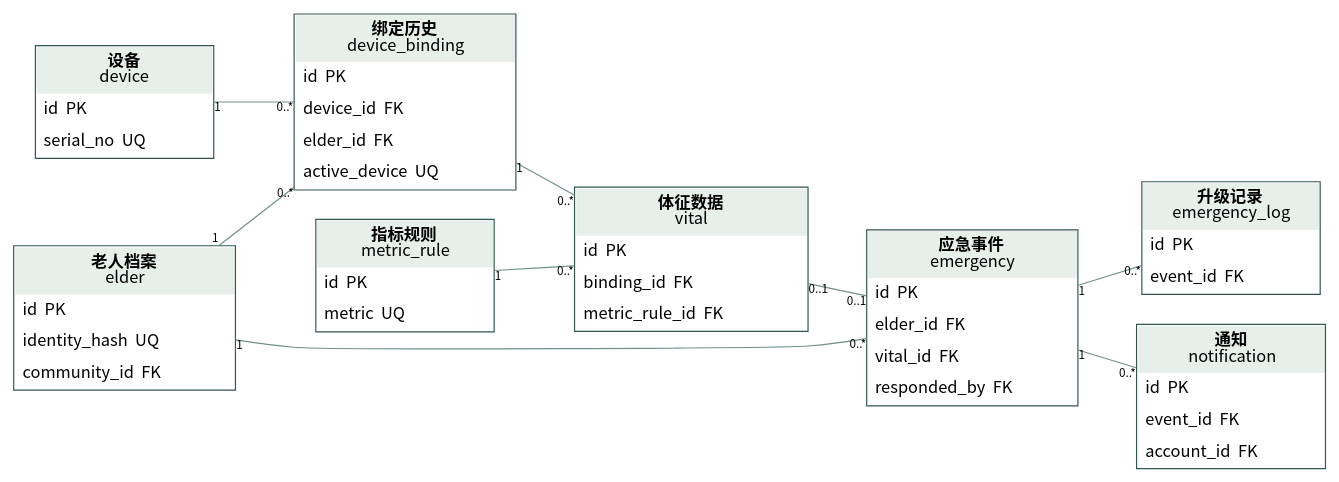
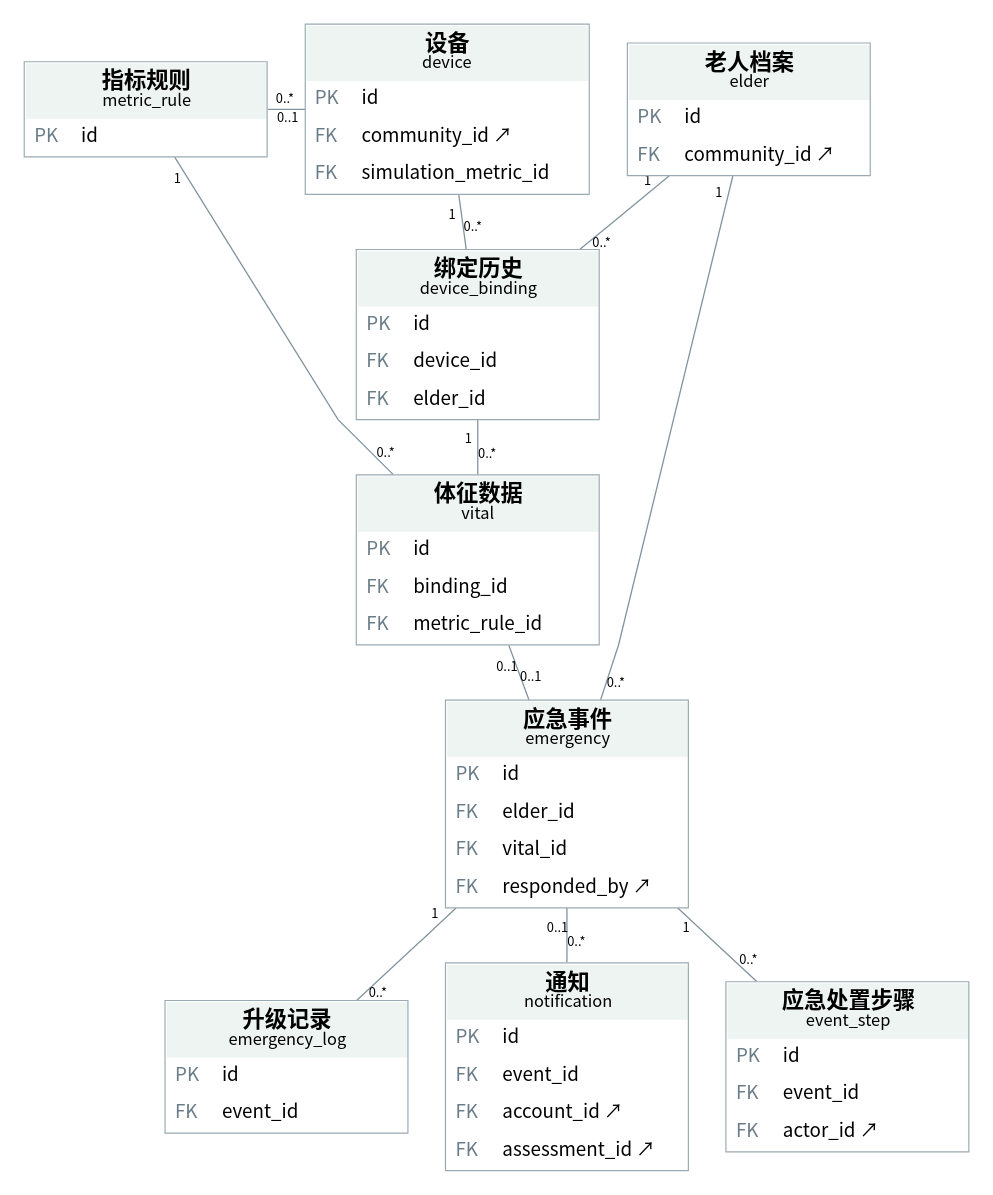
Before and after one commit to Herbertlyw/db_eldercare: the diagram in docs/diagrams/D-uml.dot, drawn with Graphviz. The commit also changed 173 other files, not shown here.

```diff
--- a/docs/diagrams/D-uml.dot
+++ b/docs/diagrams/D-uml.dot
@@ -1,18 +1,26 @@
-digraph G { graph [rankdir=LR, bgcolor="white",nodesep=0.35,ranksep=0.7]; node [fontname="Noto Sans CJK SC",fontsize=14,color="#31574e"]; edge [fontname="Noto Sans CJK SC",fontsize=10,color="#719087",arrowsize=0.6];
-elder [shape=plain,label=<<TABLE BORDER="1" CELLBORDER="0" CELLSPACING="0" CELLPADDING="6"><TR><TD BGCOLOR="#e7efea" WIDTH="187"><B>老人档案</B><BR/>elder</TD></TR><TR><TD ALIGN="LEFT" WIDTH="187">id  PK</TD></TR><TR><TD ALIGN="LEFT" WIDTH="187">identity_hash  UQ</TD></TR><TR><TD ALIGN="LEFT" WIDTH="187">community_id  FK</TD></TR></TABLE>>];
-device [shape=plain,label=<<TABLE BORDER="1" CELLBORDER="0" CELLSPACING="0" CELLPADDING="6"><TR><TD BGCOLOR="#e7efea" WIDTH="150"><B>设备</B><BR/>device</TD></TR><TR><TD ALIGN="LEFT" WIDTH="150">id  PK</TD></TR><TR><TD ALIGN="LEFT" WIDTH="150">serial_no  UQ</TD></TR></TABLE>>];
-device_binding [shape=plain,label=<<TABLE BORDER="1" CELLBORDER="0" CELLSPACING="0" CELLPADDING="6"><TR><TD BGCOLOR="#e7efea" WIDTH="187"><B>绑定历史</B><BR/>device_binding</TD></TR><TR><TD ALIGN="LEFT" WIDTH="187">id  PK</TD></TR><TR><TD ALIGN="LEFT" WIDTH="187">device_id  FK</TD></TR><TR><TD ALIGN="LEFT" WIDTH="187">elder_id  FK</TD></TR><TR><TD ALIGN="LEFT" WIDTH="187">active_device  UQ</TD></TR></TABLE>>];
-metric_rule [shape=plain,label=<<TABLE BORDER="1" CELLBORDER="0" CELLSPACING="0" CELLPADDING="6"><TR><TD BGCOLOR="#e7efea" WIDTH="150"><B>指标规则</B><BR/>metric_rule</TD></TR><TR><TD ALIGN="LEFT" WIDTH="150">id  PK</TD></TR><TR><TD ALIGN="LEFT" WIDTH="150">metric  UQ</TD></TR></TABLE>>];
-vital [shape=plain,label=<<TABLE BORDER="1" CELLBORDER="0" CELLSPACING="0" CELLPADDING="6"><TR><TD BGCOLOR="#e7efea" WIDTH="197"><B>体征数据</B><BR/>vital</TD></TR><TR><TD ALIGN="LEFT" WIDTH="197">id  PK</TD></TR><TR><TD ALIGN="LEFT" WIDTH="197">binding_id  FK</TD></TR><TR><TD ALIGN="LEFT" WIDTH="197">metric_rule_id  FK</TD></TR></TABLE>>];
-emergency [shape=plain,label=<<TABLE BORDER="1" CELLBORDER="0" CELLSPACING="0" CELLPADDING="6"><TR><TD BGCOLOR="#e7efea" WIDTH="178"><B>应急事件</B><BR/>emergency</TD></TR><TR><TD ALIGN="LEFT" WIDTH="178">id  PK</TD></TR><TR><TD ALIGN="LEFT" WIDTH="178">elder_id  FK</TD></TR><TR><TD ALIGN="LEFT" WIDTH="178">vital_id  FK</TD></TR><TR><TD ALIGN="LEFT" WIDTH="178">responded_by  FK</TD></TR></TABLE>>];
-emergency_log [shape=plain,label=<<TABLE BORDER="1" CELLBORDER="0" CELLSPACING="0" CELLPADDING="6"><TR><TD BGCOLOR="#e7efea" WIDTH="150"><B>升级记录</B><BR/>emergency_log</TD></TR><TR><TD ALIGN="LEFT" WIDTH="150">id  PK</TD></TR><TR><TD ALIGN="LEFT" WIDTH="150">event_id  FK</TD></TR></TABLE>>];
-notification [shape=plain,label=<<TABLE BORDER="1" CELLBORDER="0" CELLSPACING="0" CELLPADDING="6"><TR><TD BGCOLOR="#e7efea" WIDTH="159"><B>通知</B><BR/>notification</TD></TR><TR><TD ALIGN="LEFT" WIDTH="159">id  PK</TD></TR><TR><TD ALIGN="LEFT" WIDTH="159">event_id  FK</TD></TR><TR><TD ALIGN="LEFT" WIDTH="159">account_id  FK</TD></TR></TABLE>>];
+digraph G { graph [rankdir=TB,bgcolor="white",nodesep=0.45,ranksep=0.65,pad=0.18,splines=polyline,outputorder=edgesfirst]; node [fontname="Noto Sans CJK SC",fontsize=16]; edge [fontname="Noto Sans CJK SC",fontsize=11,color="#80949e",arrowsize=0.5,penwidth=1.1,labeldistance=1.9];
+elder [shape=plain,label=<<TABLE BORDER="1" COLOR="#9AAAB2" CELLBORDER="0" CELLSPACING="0" CELLPADDING="7"><TR><TD COLSPAN="2" WIDTH="205" BGCOLOR="#EDF4F1"><FONT POINT-SIZE="19"><B>老人档案</B></FONT><BR/><FONT POINT-SIZE="14">elder</FONT></TD></TR><TR><TD ALIGN="LEFT" WIDTH="40"><FONT COLOR="#697C88">PK</FONT></TD><TD ALIGN="LEFT" WIDTH="165">id</TD></TR><TR><TD ALIGN="LEFT" WIDTH="40"><FONT COLOR="#697C88">FK</FONT></TD><TD ALIGN="LEFT" WIDTH="165">community_id ↗</TD></TR></TABLE>>];
+device [shape=plain,label=<<TABLE BORDER="1" COLOR="#9AAAB2" CELLBORDER="0" CELLSPACING="0" CELLPADDING="7"><TR><TD COLSPAN="2" WIDTH="205" BGCOLOR="#EDF4F1"><FONT POINT-SIZE="19"><B>设备</B></FONT><BR/><FONT POINT-SIZE="14">device</FONT></TD></TR><TR><TD ALIGN="LEFT" WIDTH="40"><FONT COLOR="#697C88">PK</FONT></TD><TD ALIGN="LEFT" WIDTH="165">id</TD></TR><TR><TD ALIGN="LEFT" WIDTH="40"><FONT COLOR="#697C88">FK</FONT></TD><TD ALIGN="LEFT" WIDTH="165">community_id ↗</TD></TR><TR><TD ALIGN="LEFT" WIDTH="40"><FONT COLOR="#697C88">FK</FONT></TD><TD ALIGN="LEFT" WIDTH="200">simulation_metric_id</TD></TR></TABLE>>];
+device_binding [shape=plain,label=<<TABLE BORDER="1" COLOR="#9AAAB2" CELLBORDER="0" CELLSPACING="0" CELLPADDING="7"><TR><TD COLSPAN="2" WIDTH="205" BGCOLOR="#EDF4F1"><FONT POINT-SIZE="19"><B>绑定历史</B></FONT><BR/><FONT POINT-SIZE="14">device_binding</FONT></TD></TR><TR><TD ALIGN="LEFT" WIDTH="40"><FONT COLOR="#697C88">PK</FONT></TD><TD ALIGN="LEFT" WIDTH="165">id</TD></TR><TR><TD ALIGN="LEFT" WIDTH="40"><FONT COLOR="#697C88">FK</FONT></TD><TD ALIGN="LEFT" WIDTH="165">device_id</TD></TR><TR><TD ALIGN="LEFT" WIDTH="40"><FONT COLOR="#697C88">FK</FONT></TD><TD ALIGN="LEFT" WIDTH="165">elder_id</TD></TR></TABLE>>];
+metric_rule [shape=plain,label=<<TABLE BORDER="1" COLOR="#9AAAB2" CELLBORDER="0" CELLSPACING="0" CELLPADDING="7"><TR><TD COLSPAN="2" WIDTH="205" BGCOLOR="#EDF4F1"><FONT POINT-SIZE="19"><B>指标规则</B></FONT><BR/><FONT POINT-SIZE="14">metric_rule</FONT></TD></TR><TR><TD ALIGN="LEFT" WIDTH="40"><FONT COLOR="#697C88">PK</FONT></TD><TD ALIGN="LEFT" WIDTH="165">id</TD></TR></TABLE>>];
+vital [shape=plain,label=<<TABLE BORDER="1" COLOR="#9AAAB2" CELLBORDER="0" CELLSPACING="0" CELLPADDING="7"><TR><TD COLSPAN="2" WIDTH="205" BGCOLOR="#EDF4F1"><FONT POINT-SIZE="19"><B>体征数据</B></FONT><BR/><FONT POINT-SIZE="14">vital</FONT></TD></TR><TR><TD ALIGN="LEFT" WIDTH="40"><FONT COLOR="#697C88">PK</FONT></TD><TD ALIGN="LEFT" WIDTH="165">id</TD></TR><TR><TD ALIGN="LEFT" WIDTH="40"><FONT COLOR="#697C88">FK</FONT></TD><TD ALIGN="LEFT" WIDTH="165">binding_id</TD></TR><TR><TD ALIGN="LEFT" WIDTH="40"><FONT COLOR="#697C88">FK</FONT></TD><TD ALIGN="LEFT" WIDTH="165">metric_rule_id</TD></TR></TABLE>>];
+emergency [shape=plain,label=<<TABLE BORDER="1" COLOR="#9AAAB2" CELLBORDER="0" CELLSPACING="0" CELLPADDING="7"><TR><TD COLSPAN="2" WIDTH="205" BGCOLOR="#EDF4F1"><FONT POINT-SIZE="19"><B>应急事件</B></FONT><BR/><FONT POINT-SIZE="14">emergency</FONT></TD></TR><TR><TD ALIGN="LEFT" WIDTH="40"><FONT COLOR="#697C88">PK</FONT></TD><TD ALIGN="LEFT" WIDTH="165">id</TD></TR><TR><TD ALIGN="LEFT" WIDTH="40"><FONT COLOR="#697C88">FK</FONT></TD><TD ALIGN="LEFT" WIDTH="165">elder_id</TD></TR><TR><TD ALIGN="LEFT" WIDTH="40"><FONT COLOR="#697C88">FK</FONT></TD><TD ALIGN="LEFT" WIDTH="165">vital_id</TD></TR><TR><TD ALIGN="LEFT" WIDTH="40"><FONT COLOR="#697C88">FK</FONT></TD><TD ALIGN="LEFT" WIDTH="165">responded_by ↗</TD></TR></TABLE>>];
+emergency_log [shape=plain,label=<<TABLE BORDER="1" COLOR="#9AAAB2" CELLBORDER="0" CELLSPACING="0" CELLPADDING="7"><TR><TD COLSPAN="2" WIDTH="205" BGCOLOR="#EDF4F1"><FONT POINT-SIZE="19"><B>升级记录</B></FONT><BR/><FONT POINT-SIZE="14">emergency_log</FONT></TD></TR><TR><TD ALIGN="LEFT" WIDTH="40"><FONT COLOR="#697C88">PK</FONT></TD><TD ALIGN="LEFT" WIDTH="165">id</TD></TR><TR><TD ALIGN="LEFT" WIDTH="40"><FONT COLOR="#697C88">FK</FONT></TD><TD ALIGN="LEFT" WIDTH="165">event_id</TD></TR></TABLE>>];
+notification [shape=plain,label=<<TABLE BORDER="1" COLOR="#9AAAB2" CELLBORDER="0" CELLSPACING="0" CELLPADDING="7"><TR><TD COLSPAN="2" WIDTH="205" BGCOLOR="#EDF4F1"><FONT POINT-SIZE="19"><B>通知</B></FONT><BR/><FONT POINT-SIZE="14">notification</FONT></TD></TR><TR><TD ALIGN="LEFT" WIDTH="40"><FONT COLOR="#697C88">PK</FONT></TD><TD ALIGN="LEFT" WIDTH="165">id</TD></TR><TR><TD ALIGN="LEFT" WIDTH="40"><FONT COLOR="#697C88">FK</FONT></TD><TD ALIGN="LEFT" WIDTH="165">event_id</TD></TR><TR><TD ALIGN="LEFT" WIDTH="40"><FONT COLOR="#697C88">FK</FONT></TD><TD ALIGN="LEFT" WIDTH="165">account_id ↗</TD></TR><TR><TD ALIGN="LEFT" WIDTH="40"><FONT COLOR="#697C88">FK</FONT></TD><TD ALIGN="LEFT" WIDTH="165">assessment_id ↗</TD></TR></TABLE>>];
+event_step [shape=plain,label=<<TABLE BORDER="1" COLOR="#9AAAB2" CELLBORDER="0" CELLSPACING="0" CELLPADDING="7"><TR><TD COLSPAN="2" WIDTH="205" BGCOLOR="#EDF4F1"><FONT POINT-SIZE="19"><B>应急处置步骤</B></FONT><BR/><FONT POINT-SIZE="14">event_step</FONT></TD></TR><TR><TD ALIGN="LEFT" WIDTH="40"><FONT COLOR="#697C88">PK</FONT></TD><TD ALIGN="LEFT" WIDTH="165">id</TD></TR><TR><TD ALIGN="LEFT" WIDTH="40"><FONT COLOR="#697C88">FK</FONT></TD><TD ALIGN="LEFT" WIDTH="165">event_id</TD></TR><TR><TD ALIGN="LEFT" WIDTH="40"><FONT COLOR="#697C88">FK</FONT></TD><TD ALIGN="LEFT" WIDTH="165">actor_id ↗</TD></TR></TABLE>>];
+metric_rule -> device [arrowhead=none,taillabel="0..1",headlabel="0..*"];
 device -> device_binding [arrowhead=none,taillabel="1",headlabel="0..*"];
 elder -> device_binding [arrowhead=none,taillabel="1",headlabel="0..*"];
 elder -> emergency [arrowhead=none,taillabel="1",headlabel="0..*"];
 vital -> emergency [arrowhead=none,taillabel="0..1",headlabel="0..1"];
 emergency -> emergency_log [arrowhead=none,taillabel="1",headlabel="0..*"];
-emergency -> notification [arrowhead=none,taillabel="1",headlabel="0..*"];
+emergency -> event_step [arrowhead=none,taillabel="1",headlabel="0..*"];
+emergency -> notification [arrowhead=none,taillabel="0..1",headlabel="0..*"];
 device_binding -> vital [arrowhead=none,taillabel="1",headlabel="0..*"];
 metric_rule -> vital [arrowhead=none,taillabel="1",headlabel="0..*"];
+{rank=same;elder;device;metric_rule;}
+{rank=same;device_binding;}
+{rank=same;vital;}
+{rank=same;emergency;}
+{rank=same;emergency_log;notification;event_step;}
 }
```
